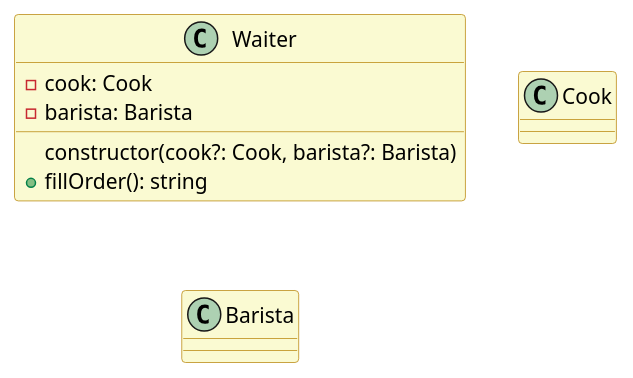
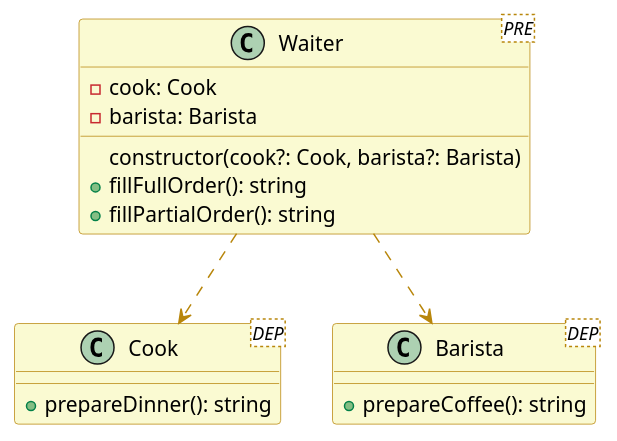
One commit to plkpiotr/design-patterns changed the diagram in src/app/structural/facade/facade.puml. Above: the diagram before and after it, drawn with PlantUML. The commit also changed 6 other files, not shown here.

```diff
--- a/src/app/structural/facade/facade.puml
+++ b/src/app/structural/facade/facade.puml
@@ -1,24 +1,28 @@
 @startuml
 
 skinparam class {
   backgroundColor lightgoldenrodyellow
   arrowColor darkgoldenrod
   borderColor darkgoldenrod
 }
 
-class Waiter {
+class Waiter <PRE> {
   - cook: Cook
   - barista: Barista
   constructor(cook?: Cook, barista?: Barista)
-  + fillOrder(): string
+  + fillFullOrder(): string
+  + fillPartialOrder(): string
 }
 
-class Cook {
-
+class Cook <DEP> {
+  + prepareDinner(): string
 }
 
-class Barista {
-
+class Barista <DEP> {
+  + prepareCoffee(): string
 }
 
+Waiter ..> Cook
+Waiter ..> Barista
+
 @enduml
```
